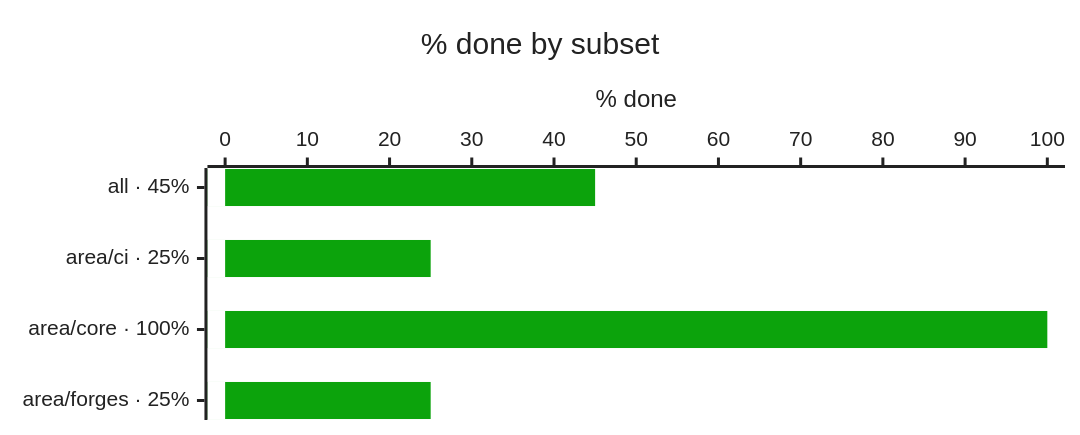
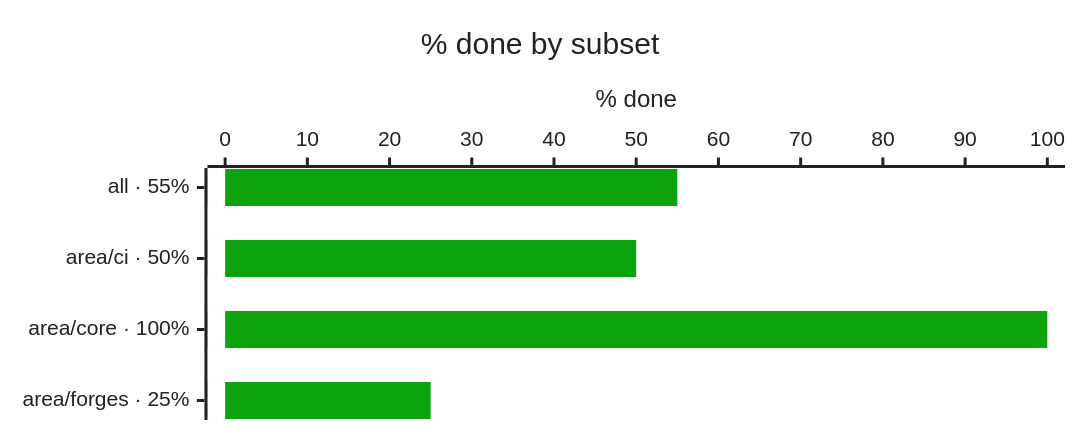
Before and after one commit to bvraghav/pmtrack: the first of 4 diagrams in progress/README.md, drawn with Mermaid. The commit also changed other lines of this file and 5 other files, not shown here.

````diff
--- a/progress/README.md
+++ b/progress/README.md
@@ -5,9 +5,9 @@
 ```mermaid
 %%{init: {"themeVariables": {"xyChart": {"backgroundColor": "#ffffff", "titleColor": "#222222", "plotColorPalette": "#0ca30c,#ffffff", "xAxisLabelColor": "#222222", "xAxisTitleColor": "#222222", "xAxisTickColor": "#222222", "xAxisLineColor": "#222222", "yAxisLabelColor": "#222222", "yAxisTitleColor": "#222222", "yAxisTickColor": "#222222", "yAxisLineColor": "#222222"}}, "xyChart": {"height": 270}}}%%
 xychart-beta horizontal
   title "% done by subset"
-  x-axis ["all · 45%", "area/ci · 25%", "area/core · 100%", "area/forges · 25%"]
+  x-axis ["all · 55%", "area/ci · 50%", "area/core · 100%", "area/forges · 25%"]
   y-axis "% done" 0 --> 100
-  bar [45, 25, 100, 25]
+  bar [55, 50, 100, 25]
   bar [0, 0, 0, 0]
 ```
````
